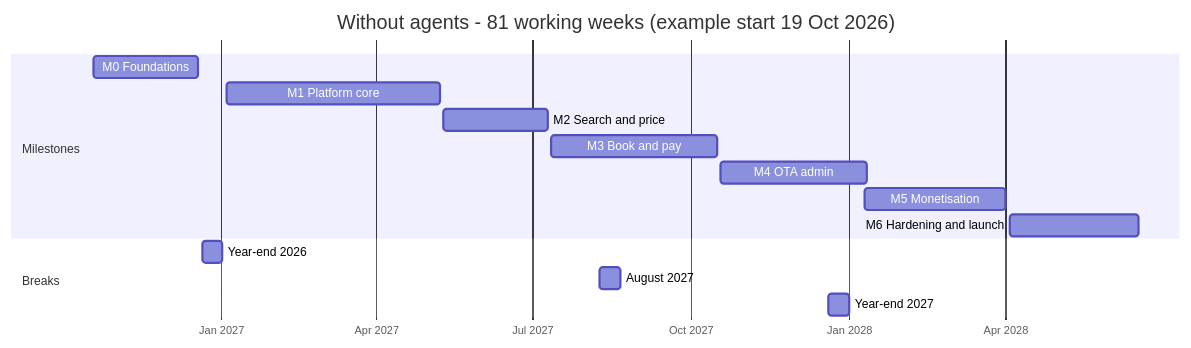
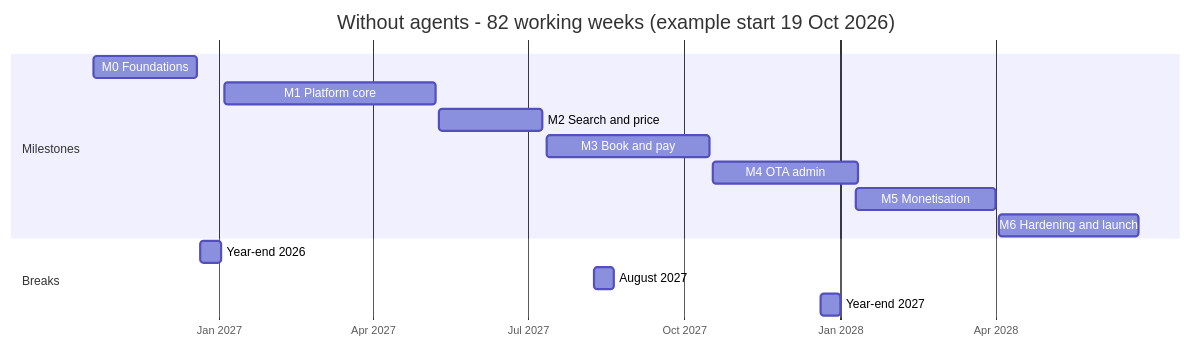
Before and after one commit to bhagwati-prasad/velexis-ota: the second of 3 diagrams in docs/mvp/plans/roadmap.md, drawn with Mermaid. The commit also changed other lines of this file and 25 other files, not shown here.

````diff
--- a/docs/mvp/plans/roadmap.md
+++ b/docs/mvp/plans/roadmap.md
@@ -138,18 +144,18 @@
 ```mermaid
 gantt
-  title Without agents - 81 working weeks (example start 19 Oct 2026)
+  title Without agents - 82 working weeks (example start 19 Oct 2026)
   dateFormat YYYY-MM-DD
   axisFormat %b %Y
   section Milestones
   M0 Foundations          :n0, 2026-10-19, 2026-12-19
   M1 Platform core        :n1, 2027-01-04, 2027-05-08
   M2 Search and price     :n2, 2027-05-10, 2027-07-10
   M3 Book and pay         :n3, 2027-07-12, 2027-10-16
   M4 OTA admin            :n4, 2027-10-18, 2028-01-11
   M5 Monetisation         :n5, 2028-01-10, 2028-04-01
-  M6 Hardening and launch :n6, 2028-04-03, 2028-06-17
+  M6 Hardening and launch :n6, 2028-04-03, 2028-06-24
   section Breaks
   Year-end 2026           :2026-12-21, 2027-01-02
   August 2027             :2027-08-09, 2027-08-21
   Year-end 2027           :2027-12-20, 2028-01-01
 ```
````
